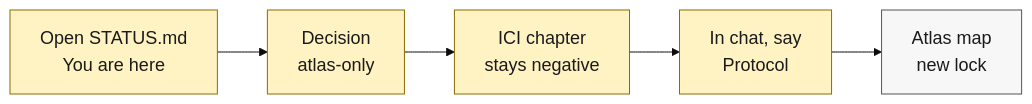
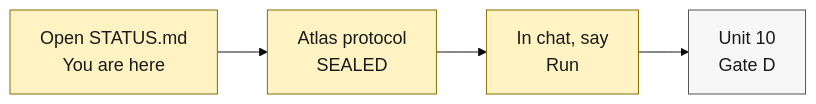
One commit to cauld/scendo changed the diagram in docs/diagrams/what-to-run.mmd. Above: the diagram before and after it, drawn with Mermaid. The commit also changed 18 other files, not shown here.

First line of the commit message:
Seal atlas protocol: named-state map plus frozen ICI-negative chapter.

```diff
--- a/docs/diagrams/what-to-run.mmd
+++ b/docs/diagrams/what-to-run.mmd
@@ -1,11 +1,10 @@
 %%{init: {"theme": "base", "themeVariables": {"fontSize": "18px", "fontFamily": "Helvetica, Arial, sans-serif"}} }%%
 flowchart LR
-  A["Open STATUS.md<br/>You are here"] --> B["Decision<br/>atlas-only"]
-  B --> C["ICI chapter<br/>stays negative"]
-  C --> D["In chat, say<br/>Protocol"]
-  D --> E["Atlas map<br/>new lock"]
+  A["Open STATUS.md<br/>You are here"] --> B["Atlas protocol<br/>SEALED"]
+  B --> C["In chat, say<br/>Run"]
+  C --> D["Unit 10<br/>Gate D"]
 
   classDef now fill:#FFF3C4,stroke:#8A6D00,color:#1A1A1A
   classDef step fill:#F7F7F7,stroke:#555555,color:#1A1A1A
-  class A,B,C,D now
-  class E step
+  class A,B,C now
+  class D step
```
